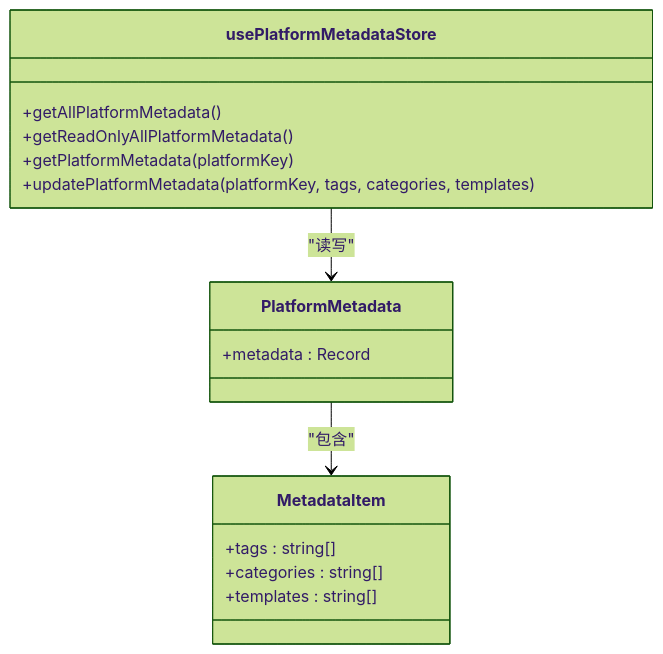
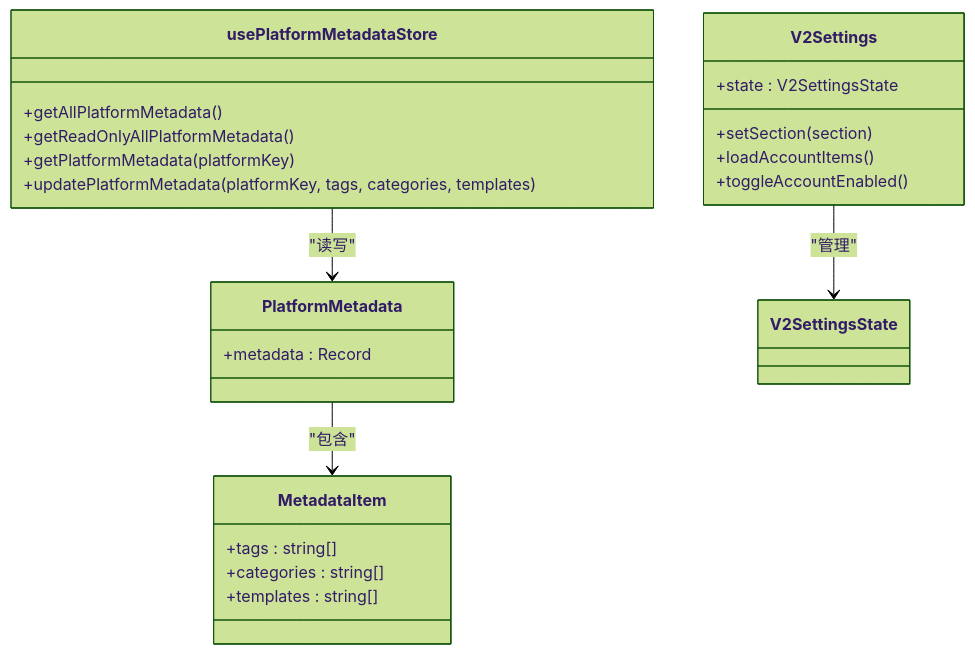
Before and after one commit to terwer/siyuan-plugin-publisher: the fifth of 14 diagrams in .qoder/repowiki/zh/content/核心架构/核心架构.md, drawn with Mermaid (forest theme). The commit also changed other lines of this file and 27 other files, not shown here.

````diff
--- a/.qoder/repowiki/zh/content/核心架构/核心架构.md
+++ b/.qoder/repowiki/zh/content/核心架构/核心架构.md
@@ -287,19 +303,26 @@
 ```mermaid
 classDiagram
 class PlatformMetadata {
 +metadata : Record<string, MetadataItem>
 }
 class MetadataItem {
 +tags : string[]
 +categories : string[]
 +templates : string[]
 }
 class usePlatformMetadataStore {
 +getAllPlatformMetadata()
 +getReadOnlyAllPlatformMetadata()
 +getPlatformMetadata(platformKey)
 +updatePlatformMetadata(platformKey, tags, categories, templates)
 }
+class V2Settings {
++state : V2SettingsState
++setSection(section)
++loadAccountItems()
++toggleAccountEnabled()
+}
 PlatformMetadata --> MetadataItem : "包含"
 usePlatformMetadataStore --> PlatformMetadata : "读写"
+V2Settings --> V2SettingsState : "管理"
 ```
````
